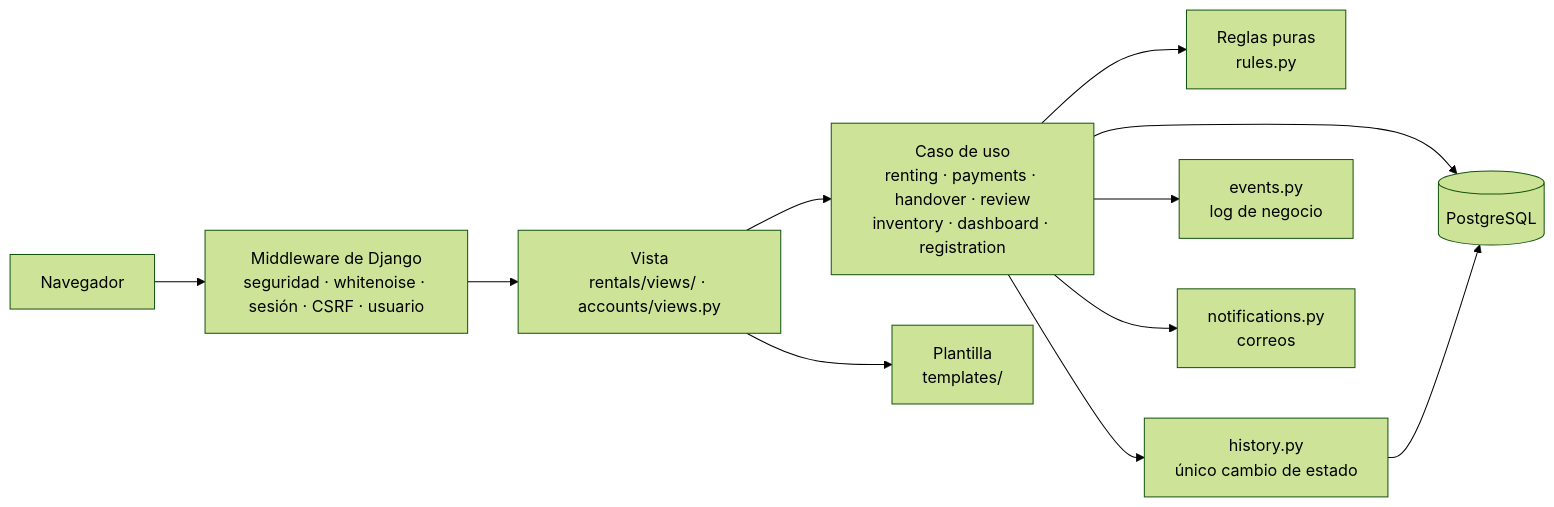
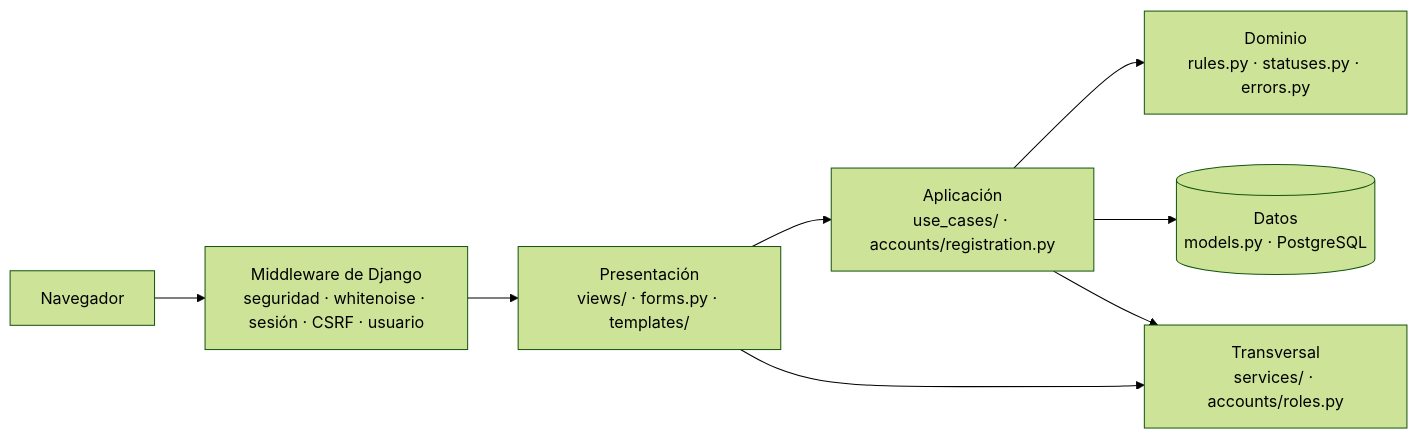
Before and after one commit to peterteranb/astra-rent-system: the first of 3 diagrams in docs/arquitectura.md, drawn with Mermaid (forest theme). The commit also changed other lines of this file and 56 other files, not shown here.

````diff
--- a/docs/arquitectura.md
+++ b/docs/arquitectura.md
@@ -8,13 +8,10 @@
 ```mermaid
 flowchart LR
     N[Navegador] --> M[Middleware de Django<br/>seguridad · whitenoise · sesión · CSRF · usuario]
-    M --> V[Vista<br/>rentals/views/ · accounts/views.py]
-    V --> U[Caso de uso<br/>renting · payments · handover · review<br/>inventory · dashboard · registration]
-    U --> R[Reglas puras<br/>rules.py]
-    U --> H[history.py<br/>único cambio de estado]
-    U --> L[events.py<br/>log de negocio]
-    U --> E[notifications.py<br/>correos]
-    U --> BD[(PostgreSQL)]
-    H --> BD
-    V --> T[Plantilla<br/>templates/]
+    M --> P[Presentación<br/>views/ · forms.py · templates/]
+    P --> A[Aplicación<br/>use_cases/ · accounts/registration.py]
+    A --> D[Dominio<br/>rules.py · statuses.py · errors.py]
+    A --> BD[(Datos<br/>models.py · PostgreSQL)]
+    A --> T[Transversal<br/>services/ · accounts/roles.py]
+    P --> T
 ```
````
